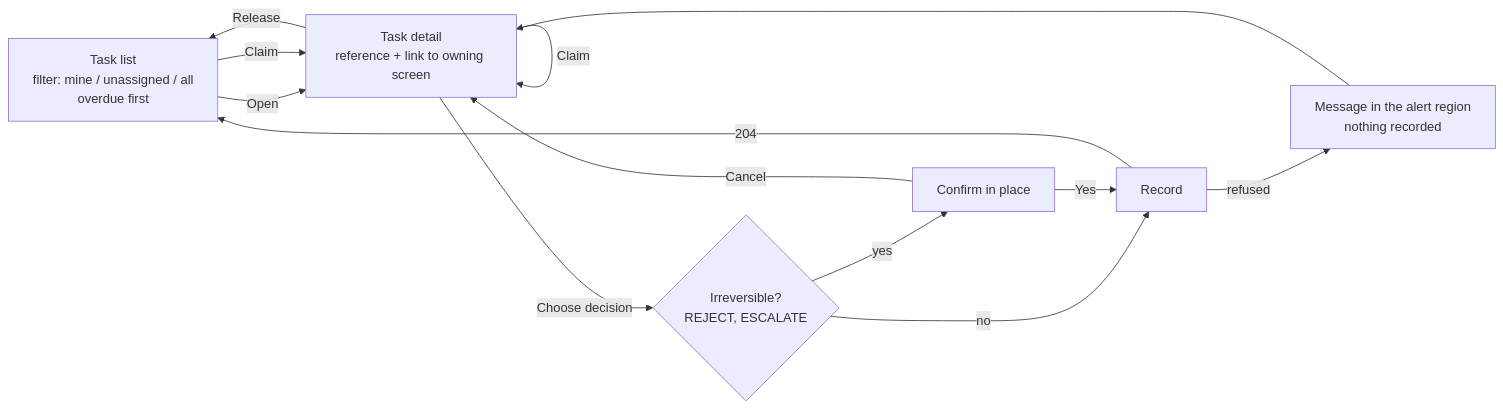
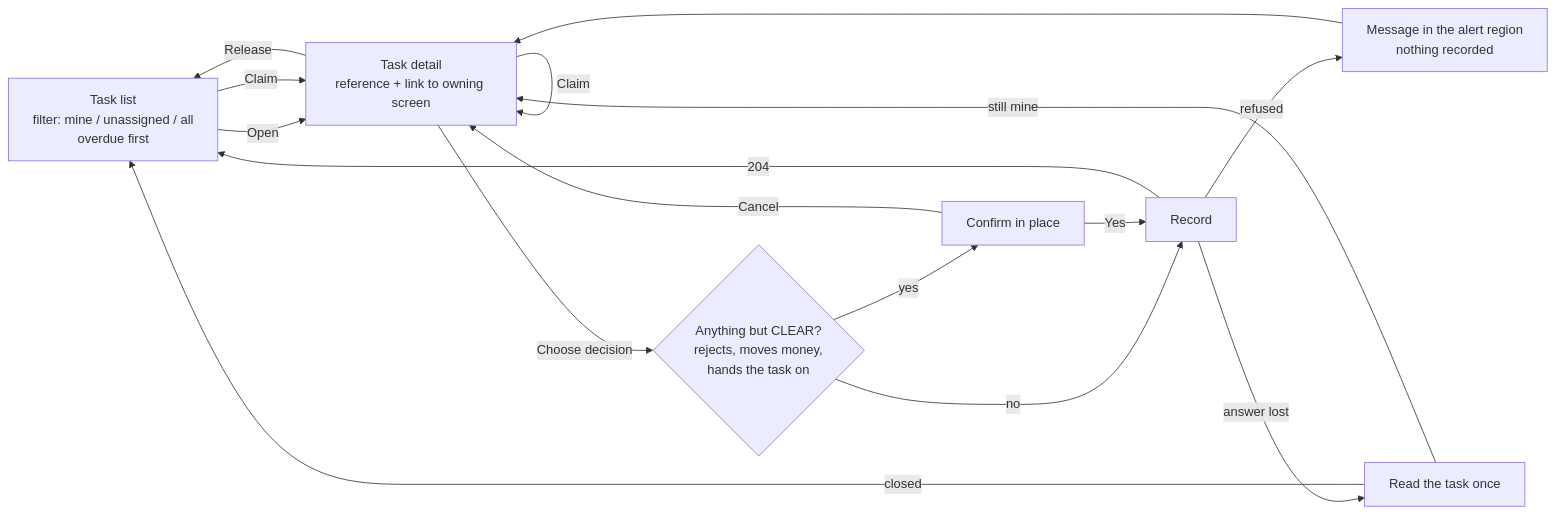
The first of 2 diagrams in docs/ux/staff-task-ux.md (COPUR/neo-fintechbankx-bpo-process-orchestration), drawn with Mermaid before and after one commit. The commit also changed other lines of this file and 26 other files, not shown here.

````diff
--- a/docs/ux/staff-task-ux.md
+++ b/docs/ux/staff-task-ux.md
@@ -50,13 +51,16 @@
 ```mermaid
 flowchart LR
   L["Task list<br/>filter: mine / unassigned / all<br/>overdue first"] -->|Open| D["Task detail<br/>reference + link to owning screen"]
   L -->|Claim| D
   D -->|Claim| D
   D -->|Release| L
-  D -->|Choose decision| C{"Irreversible?<br/>REJECT, ESCALATE"}
+  D -->|Choose decision| C{"Anything but CLEAR?<br/>rejects, moves money,<br/>hands the task on"}
   C -->|no| S["Record"]
   C -->|yes| Q["Confirm in place"] -->|Yes| S
   Q -->|Cancel| D
   S -->|204| L
   S -->|refused| E["Message in the alert region<br/>nothing recorded"] --> D
+  S -->|answer lost| U["Read the task once"]
+  U -->|closed| L
+  U -->|still mine| D
 ```
````
